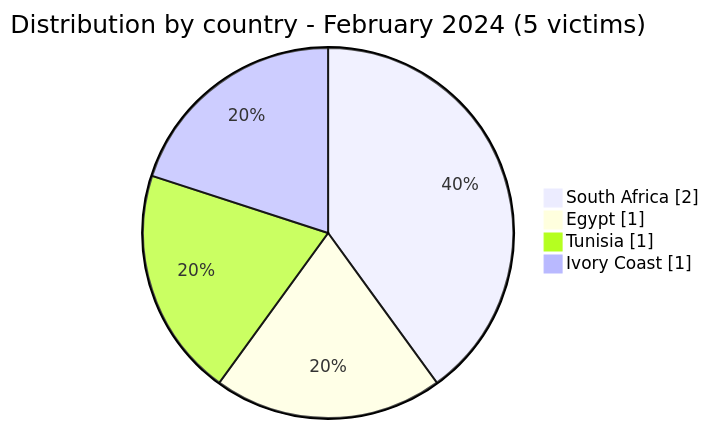
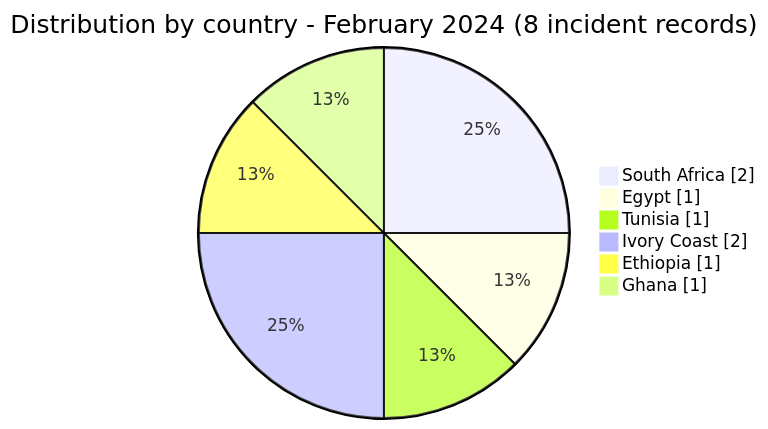
The second of 5 diagrams in CyberAttackAfrica/2024/02-february/README.md (Hatchepsoute/AFRINTEL), drawn with Mermaid before and after one commit. The commit also changed other lines of this file and 255 other files, not shown here.

````diff
--- a/CyberAttackAfrica/2024/02-february/README.md
+++ b/CyberAttackAfrica/2024/02-february/README.md
@@ -59,8 +67,10 @@
 ```mermaid
 pie showData
-    title Distribution by country - February 2024 (5 victims)
+    title Distribution by country - February 2024 (8 incident records)
     "South Africa" : 2
     "Egypt" : 1
     "Tunisia" : 1
-    "Ivory Coast" : 1
+    "Ivory Coast" : 2
+    "Ethiopia" : 1
+    "Ghana" : 1
 ```
````
